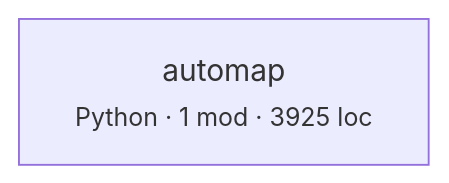
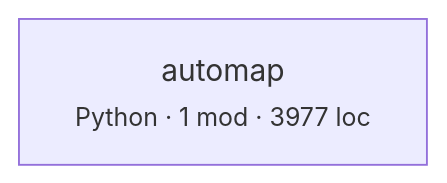
Before and after one commit to fabiocicerchia/automap: the first of 2 diagrams in ARCHITECTURE.md, drawn with Mermaid. The commit also changed other lines of this file and 3 other files, not shown here.

````diff
--- a/ARCHITECTURE.md
+++ b/ARCHITECTURE.md
@@ -281,4 +291,4 @@
 ```mermaid
 graph LR
-  automap["automap<br/><small>Python · 1 mod · 3925 loc</small>"]
+  automap["automap<br/><small>Python · 1 mod · 3977 loc</small>"]
 ```
````
